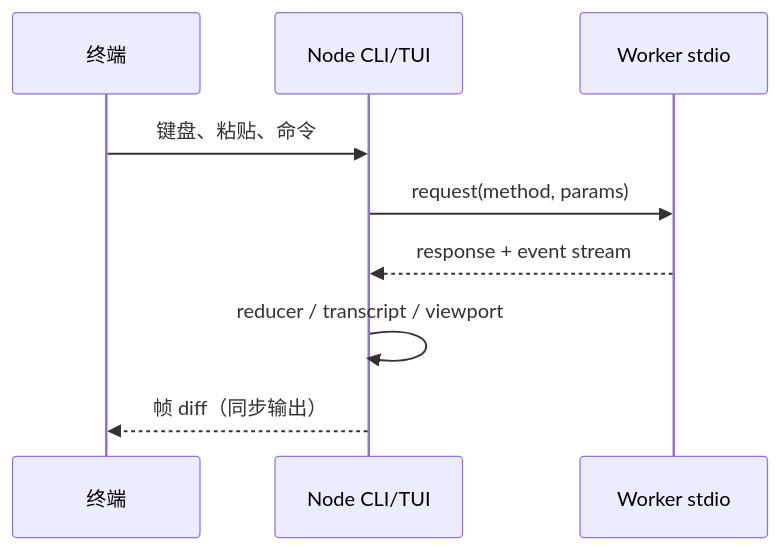
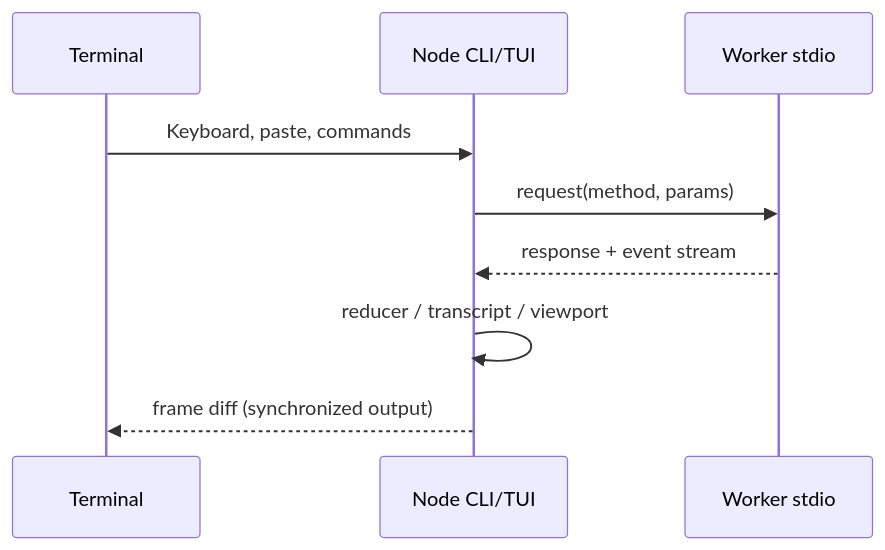
One commit to Azzurroooo/rind changed the diagram in docs/internals/07-surfaces/interactive-cli.md. Above: the diagram before and after it, drawn with Mermaid. The commit also changed other lines of this file and 109 other files, not shown here.

```diff
--- a/docs/internals/07-surfaces/interactive-cli.md
+++ b/docs/internals/07-surfaces/interactive-cli.md
@@ -5,11 +7,11 @@
 ~~~mermaid
 sequenceDiagram
-    participant T as 终端
+    participant T as Terminal
     participant C as Node CLI/TUI
     participant W as Worker stdio
-    T->>C: 键盘、粘贴、命令
+    T->>C: Keyboard, paste, commands
     C->>W: request(method, params)
     W-->>C: response + event stream
     C->>C: reducer / transcript / viewport
-    C-->>T: 帧 diff（同步输出）
+    C-->>T: frame diff (synchronized output)
 ~~~
```
